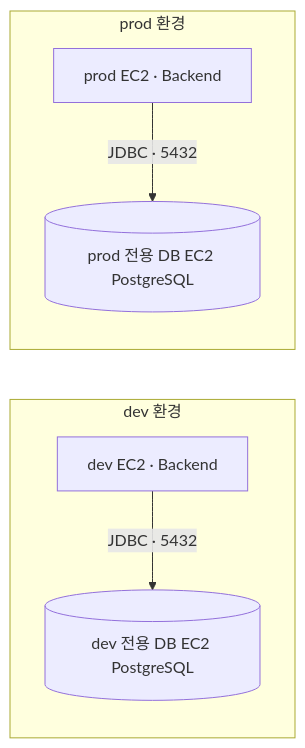
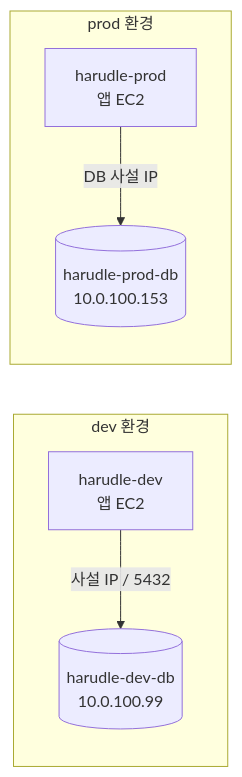
The second of 2 diagrams in AGENTS.md (woowacourse-teams/2026-Harudle), drawn with Mermaid before and after one commit. The commit also changed other lines of this file, not shown here.

Commit message:
docs: AGENTS.md를 develop-backend 내용으로 되돌림

````diff
--- a/AGENTS.md
+++ b/AGENTS.md
@@ -126,9 +130,9 @@
 ```mermaid
 flowchart LR
     subgraph dev["dev 환경"]
-        devBackend["dev EC2 · Backend"] -->|"JDBC · 5432"| devDb[("dev 전용 DB EC2 PostgreSQL")]
+        devBackend["harudle-dev<br/>앱 EC2"] -->|"사설 IP / 5432"| devDb[("harudle-dev-db<br/>10.0.100.99")]
     end
     subgraph prod["prod 환경"]
-        prodBackend["prod EC2 · Backend"] -->|"JDBC · 5432"| prodDb[("prod 전용 DB EC2 PostgreSQL")]
+        prodBackend["harudle-prod<br/>앱 EC2"] -->|"DB 사설 IP"| prodDb[("harudle-prod-db<br/>10.0.100.153")]
     end
 ```
````
